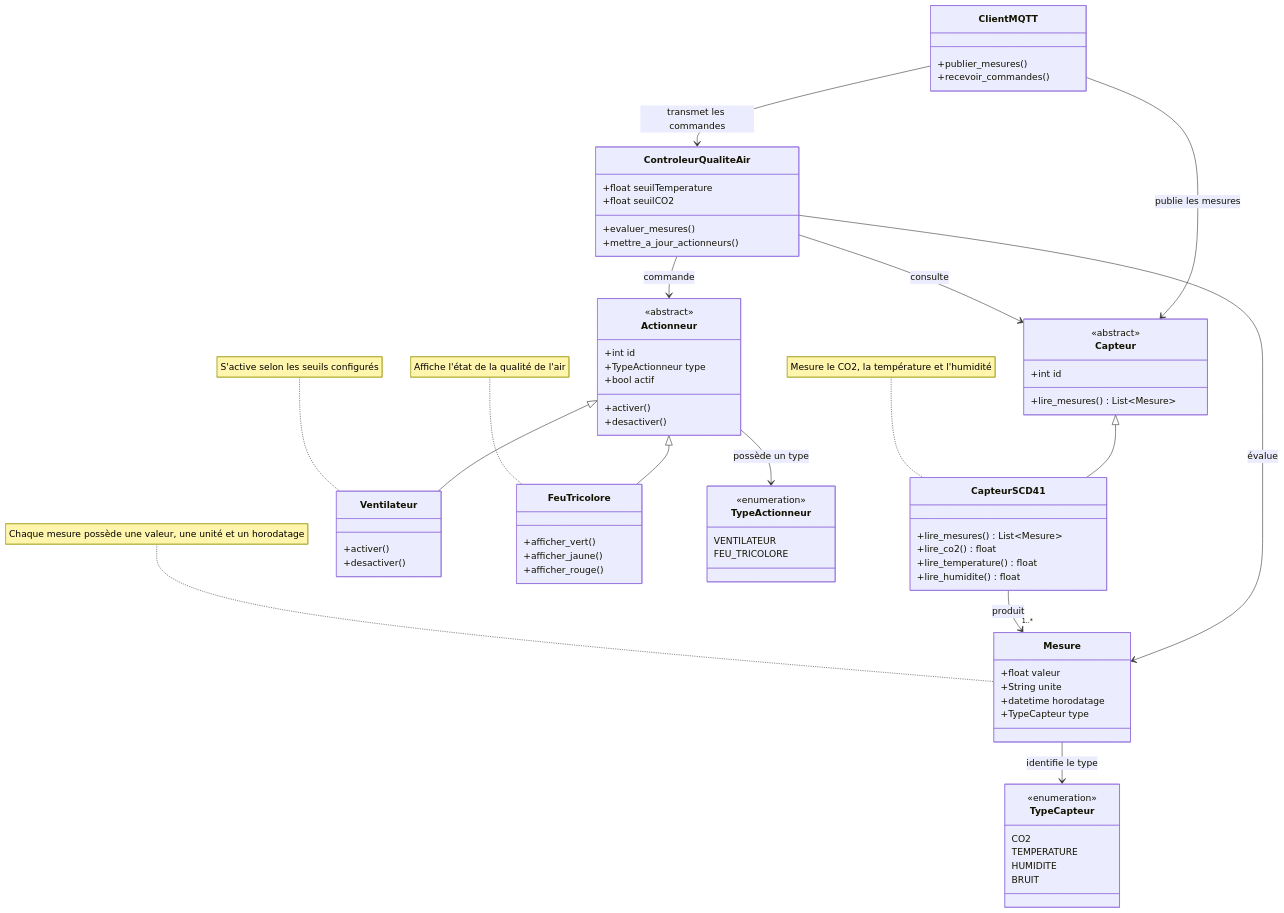
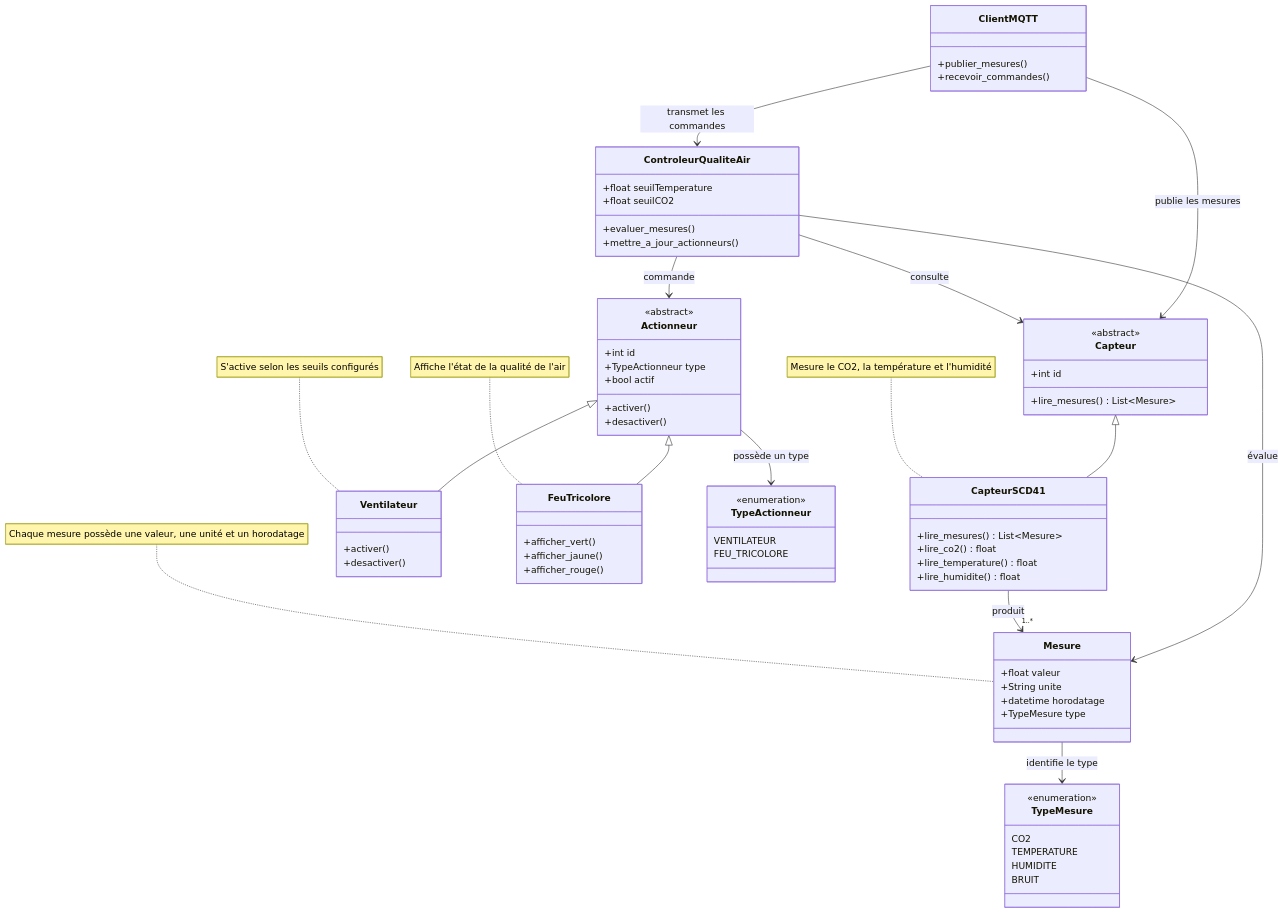
Before and after one commit to larcelboi/ProjetRaspberryPiJoLar: the diagram in README.md, drawn with Mermaid.

Commit message:
Rename TypeCapteur to TypeMesure in README

```diff
--- a/README.md
+++ b/README.md
@@ -19,7 +19,7 @@
         +float valeur
         +String unite
         +datetime horodatage
-        +TypeCapteur type
+        +TypeMesure type
     }
 
     class Actionneur {
@@ -54,7 +54,7 @@
         +recevoir_commandes()
     }
 
-    class TypeCapteur {
+    class TypeMesure {
         <<enumeration>>
         CO2
         TEMPERATURE
@@ -73,7 +73,7 @@
     Actionneur <|-- FeuTricolore
 
     CapteurSCD41 --> "1..*" Mesure : produit
-    Mesure --> TypeCapteur : identifie le type
+    Mesure --> TypeMesure : identifie le type
     Actionneur --> TypeActionneur : possède un type
 
     ControleurQualiteAir --> Capteur : consulte
```
